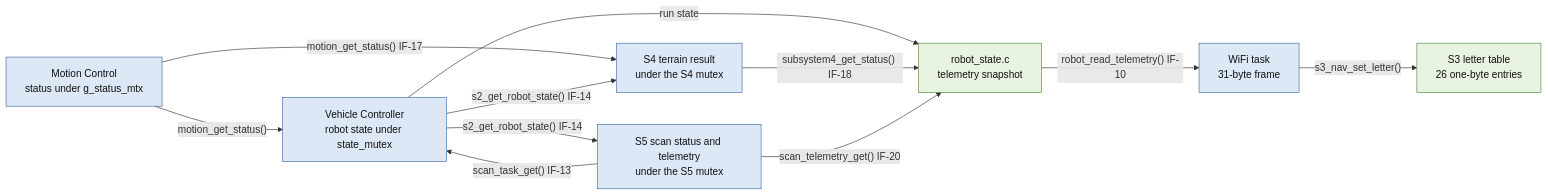
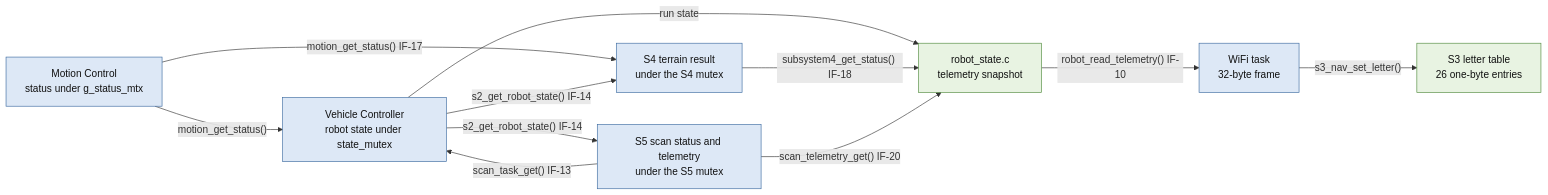
One commit to timothyckl/INF2004-P2-08-RobotCar changed the second of 7 diagrams in docs/final_architecture.md. Above: the diagram before and after it, drawn with Mermaid. The commit also changed other lines of this file and 31 other files, not shown here.

````diff
--- a/docs/final_architecture.md
+++ b/docs/final_architecture.md
@@ -104,26 +104,26 @@
 ```mermaid
 flowchart LR
   MC["Motion Control<br/>status under g_status_mtx"]
   CTRL["Vehicle Controller<br/>robot state under state_mutex"]
   S3T["S3 letter table<br/>26 one-byte entries"]
   S4["S4 terrain result<br/>under the S4 mutex"]
   S5["S5 scan status and telemetry<br/>under the S5 mutex"]
   RS["robot_state.c<br/>telemetry snapshot"]
-  WIFI["WiFi task<br/>31-byte frame"]
+  WIFI["WiFi task<br/>32-byte frame"]
 
   MC -->|"motion_get_status()"| CTRL
   MC -->|"motion_get_status() IF-17"| S4
   CTRL -->|"s2_get_robot_state() IF-14"| S4
   CTRL -->|"s2_get_robot_state() IF-14"| S5
   S5 -->|"scan_task_get() IF-13"| CTRL
   CTRL -->|"run state"| RS
   S4 -->|"subsystem4_get_status() IF-18"| RS
   S5 -->|"scan_telemetry_get() IF-20"| RS
   RS -->|"robot_read_telemetry() IF-10"| WIFI
   WIFI -->|"s3_nav_set_letter()"| S3T
 
   classDef task fill:#dde8f6,stroke:#3b6aa0,color:#111111
   classDef data fill:#e8f3e2,stroke:#4f8a3b,color:#111111
   class MC,CTRL,S4,S5,WIFI task
   class S3T,RS data
 ```
````
